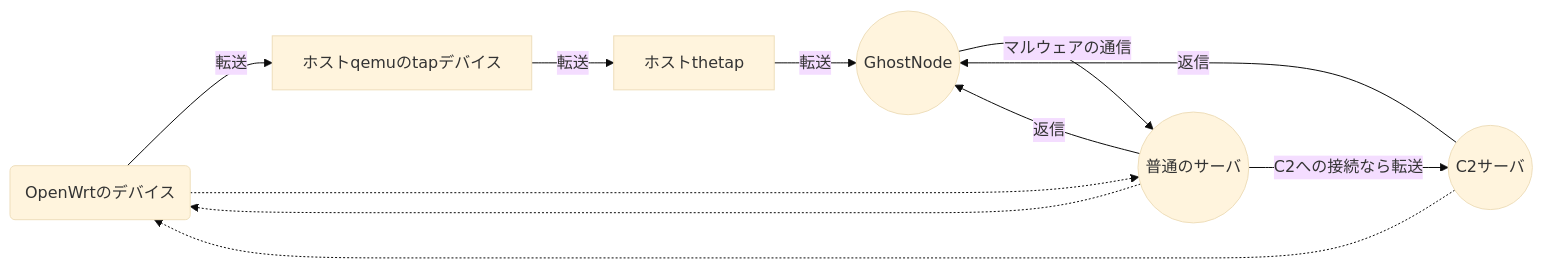
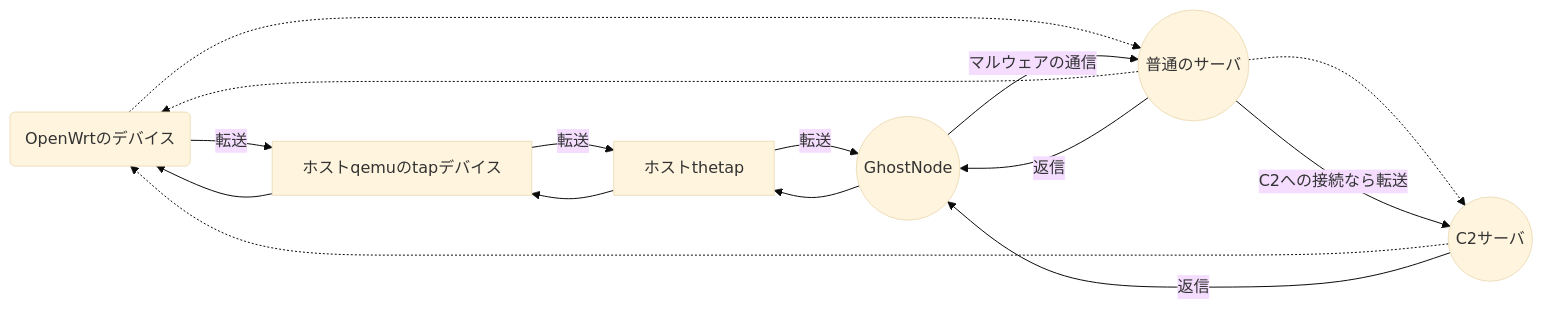
One commit to furubese/NS3C2M changed the diagram in README.md. Above: the diagram before and after it, drawn with Mermaid (base theme).

````diff
--- a/README.md
+++ b/README.md
@@ -4,13 +4,17 @@
 ```mermaid
 graph LR
     ID10(OpenWrtのデバイス) -- 転送 --> ID11
     ID11[ホストqemuのtapデバイス] -- 転送 --> ID12
     ID12[ホストthetap] -- 転送 --> ID1
     ID10 -.-> ID2
     ID2 -.-> ID10
     ID3 -.-> ID10
+    ID2 -.-> ID3
+    ID1 --> ID12
+    ID12 --> ID11
+    ID11 --> ID10
     ID1((GhostNode)) -- マルウェアの通信 --> ID2((普通のサーバ))
     ID2 -- C2への接続なら転送 --> ID3((C2サーバ))
     ID2 -- 返信 --> ID1
     ID3 -- 返信 --> ID1
 ```
````
